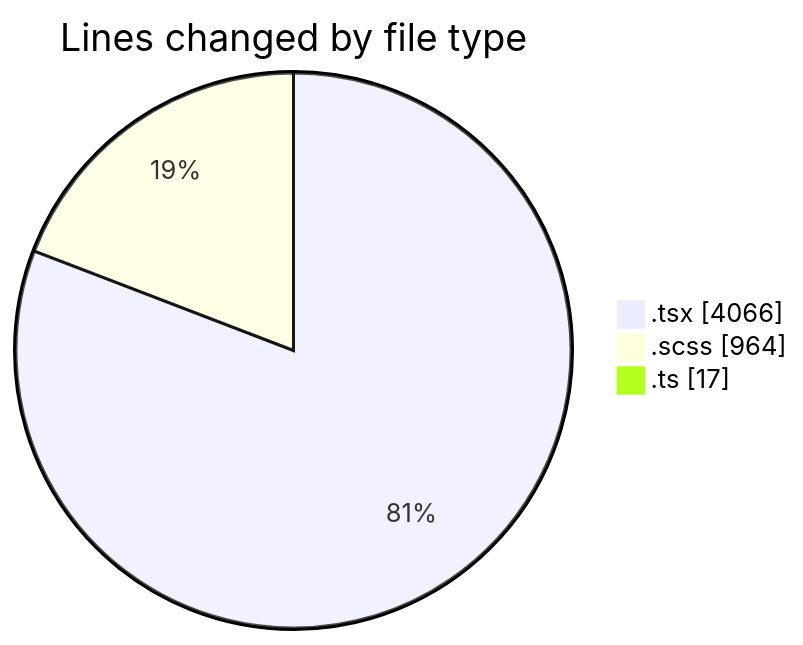
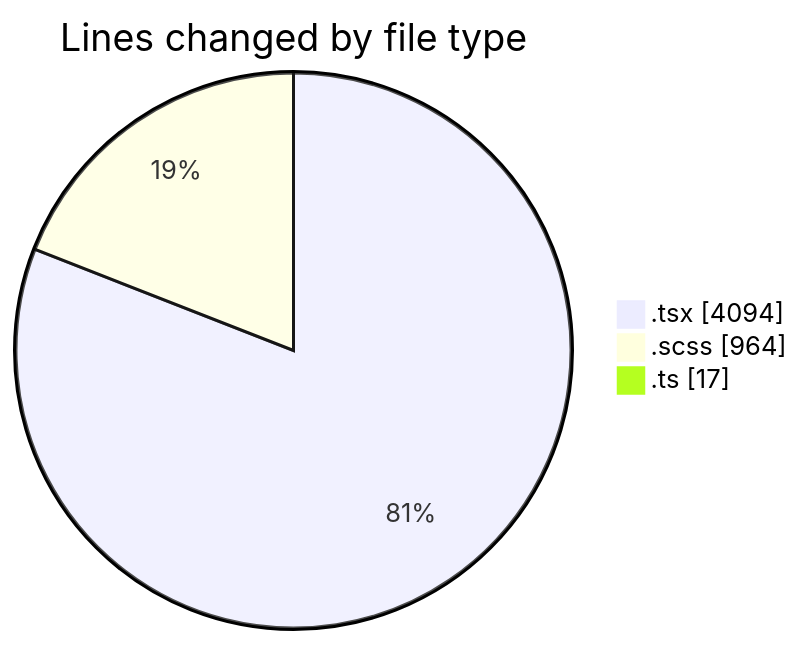
The first of 2 diagrams in 2025-09-19/cda/README.md (momahboobian/code-tracking), drawn with Mermaid before and after one commit. The commit also changed other lines of this file and 1 other file, not shown here.

````diff
--- a/2025-09-19/cda/README.md
+++ b/2025-09-19/cda/README.md
@@ -26,7 +26,7 @@
 ```mermaid
 pie showData
 title Lines changed by file type
-".tsx" : 4066
+".tsx" : 4094
 ".scss" : 964
 ".ts" : 17
 ```
````
